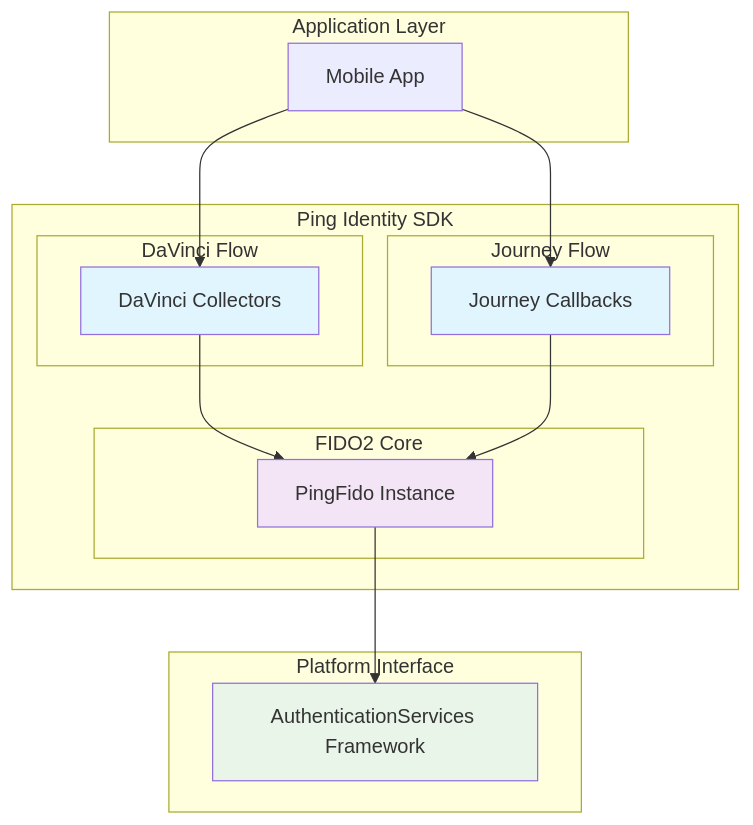
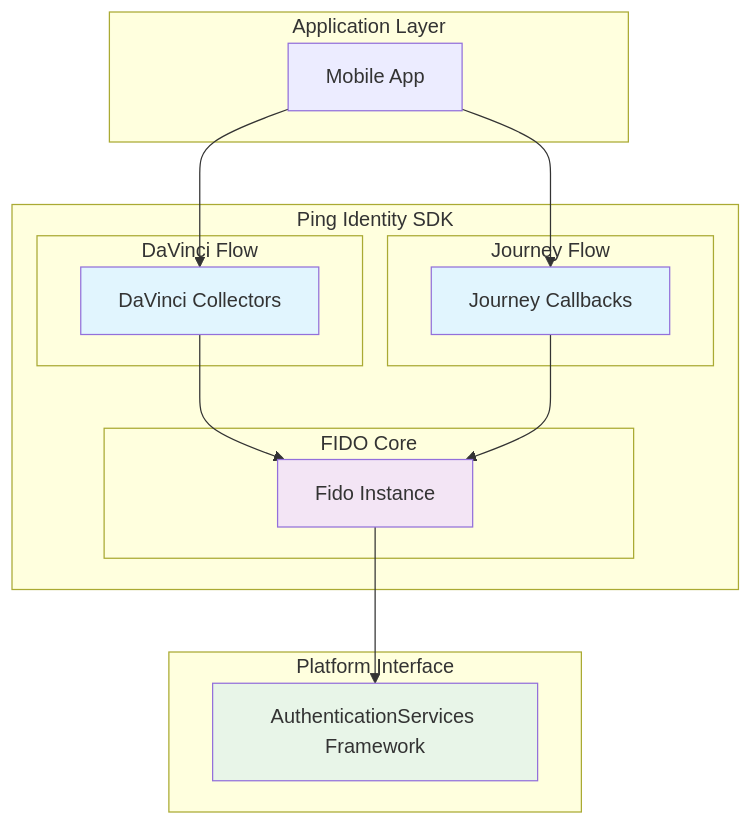
Before and after one commit to ForgeRock/ping-ios-sdk: the first of 3 diagrams in Fido/CONCEPT.MD, drawn with Mermaid. The commit also changed other lines of this file and 1 other file, not shown here.

````diff
--- a/Fido/CONCEPT.MD
+++ b/Fido/CONCEPT.MD
@@ -16,41 +14,41 @@
 ```mermaid
 graph TB
   subgraph "Application Layer"
     App[Mobile App]
   end
 
   subgraph "Ping Identity SDK"
     subgraph "DaVinci Flow"
       DVC[DaVinci Collectors]
     end
 
     subgraph "Journey Flow"
       JC[Journey Callbacks]
     end
 
-    subgraph "FIDO2 Core"
-      PingFido[PingFido Instance]
+    subgraph "FIDO Core"
+      PingFido[Fido Instance]
     end
   end
 
   subgraph "Platform Interface"
     AuthServices[AuthenticationServices Framework]
   end
 
 %% Dependencies
   App --> DVC
   App --> JC
   DVC --> PingFido
   JC --> PingFido
 
   PingFido --> AuthServices
 
 %% Styling
   classDef pingSDK fill:#e1f5fe
   classDef core fill:#f3e5f5
   classDef apple fill:#e8f5e8
 
   class DVC,JC pingSDK
   class PingFido core
   class AuthServices apple
 ```
````
